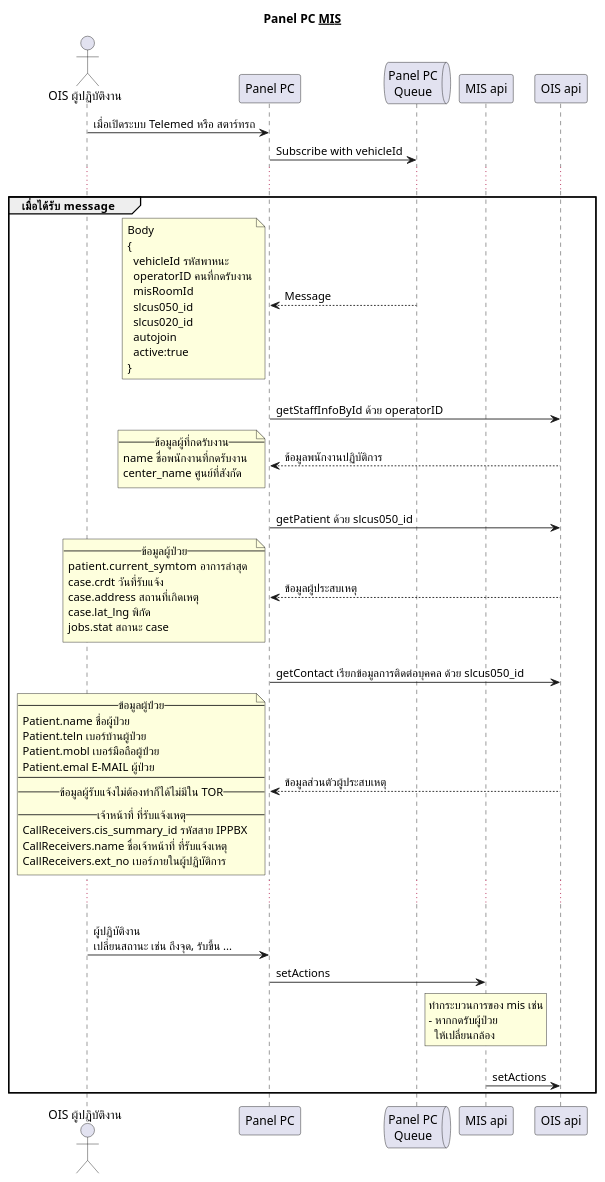
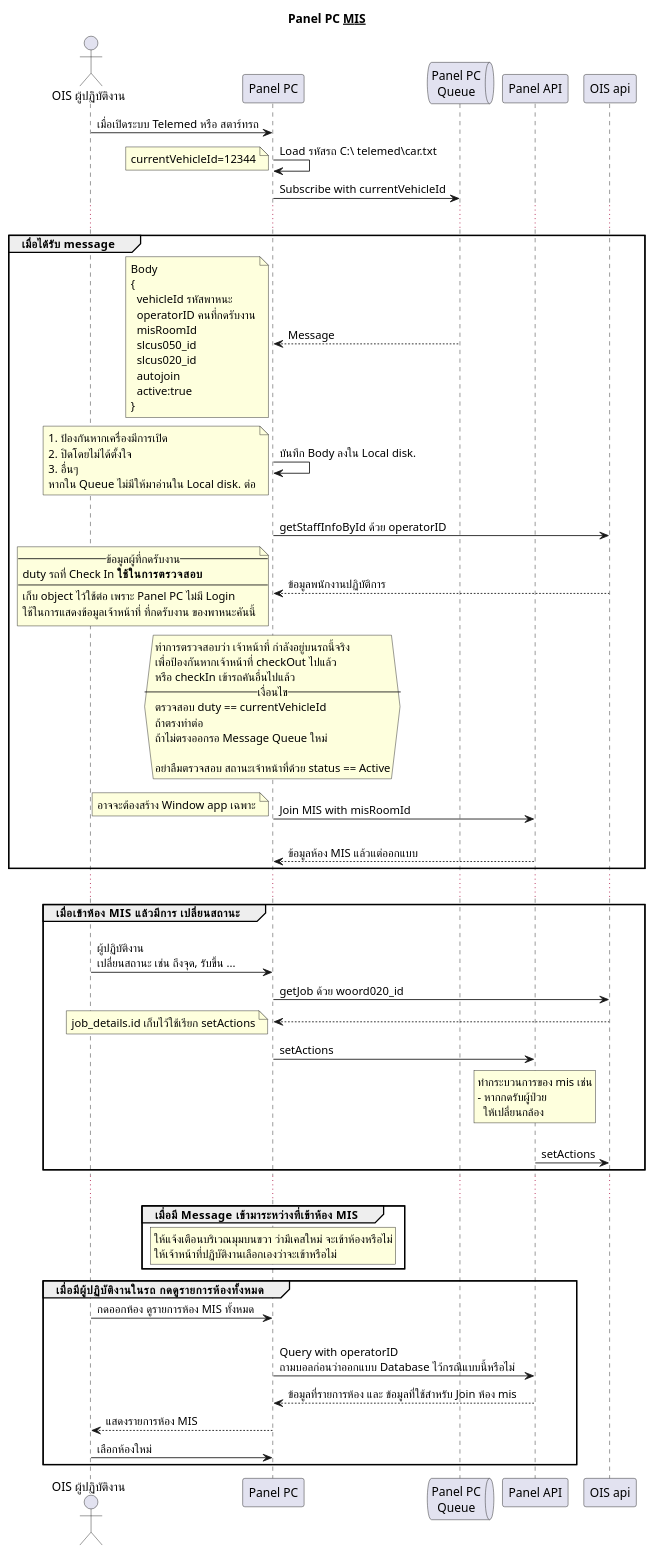
The diagram in uml/new_panelpc_startup.plantuml (lionants02/mis-api-doc), drawn with PlantUML before and after one commit. The commit also changed other lines of this file, not shown here.

```diff
--- a/uml/new_panelpc_startup.plantuml
+++ b/uml/new_panelpc_startup.plantuml
@@ -1,72 +1,105 @@
 @startuml
 Title Panel PC __MIS__
   actor "OIS ผู้ปฏิบัติงาน" as OIS
   OIS -> "Panel PC" :เมื่อเปิดระบบ Telemed หรือ สตาร์ทรถ
+  "Panel PC" -> "Panel PC": Load รหัสรถ C:\\ telemed\car.txt
+  note left
+    currentVehicleId=12344
+  end note
+
   queue "Panel PC\nQueue" as panelq
-  "Panel PC" -> panelq : Subscribe with vehicleId
+  "Panel PC" -> panelq : Subscribe with currentVehicleId
   ...
-  
+
   group เมื่อได้รับ message
     "Panel PC" <-- panelq : Message
     note left
       Body
       {
         vehicleId รหัสพาหนะ
         operatorID คนที่กดรับงาน
         misRoomId
         slcus050_id
         slcus020_id
         autojoin
         active:true
       }
     endnote
-    participant "MIS api"
+
+    "Panel PC" -> "Panel PC": บันทึก Body ลงใน Local disk.
+    note left
+      # ป้องกันหากเครื่องมีการเปิด
+      # ปิดโดยไม่ได้ตั้งใจ
+      # อื่นๆ
+      หากใน Queue ไม่มีให้มาอ่านใน Local disk. ต่อ
+    end note
+    participant "Panel API"
+    participant "OIS api"
     "Panel PC" -> "OIS api" : \ngetStaffInfoById ด้วย operatorID
     "Panel PC" <-- "OIS api": ข้อมูลพนักงานปฏิบัติการ
     note left
       --ข้อมูลผู้ที่กดรับงาน--
-      name ชื่อพนักงานที่กดรับงาน
-      center_name ศูนย์ที่สังกัด
+      duty รถที่ Check In **ใช้ในการตรวจสอบ**
+      ---
+      เก็บ object ไว้ใช้ต่อ เพราะ Panel PC ไม่มี Login
+      ใช้ในการแสดงข้อมูลเจ้าหน้าที่ ที่กดรับงาน ของพาหนะคันนี้
     end note
 
-    "Panel PC" -> "OIS api" : \ngetPatient ด้วย slcus050_id
-    "Panel PC" <-- "OIS api": ข้อมูลผู้ประสบเหตุ
-    note left
-      --ข้อมูลผู้ป่วย--
-      patient.current_symtom  อาการล่าสุด
-      case.crdt วันที่รับแจ้ง
-      case.address สถานที่เกิดเหตุ
-      case.lat_lng พิกัด
-      jobs.stat สถานะ case
+    hnote over "Panel PC"
+      ทำการตรวจสอบว่า เจ้าหน้าที่ กำลังอยู่บนรถนี้จริง
+      เพื่อป้องกันหากเจ้าหน้าที่ checkOut ไปแล้ว
+      หรือ checkIn เข้ารถคันอื่นไปแล้ว
+      --เงื่อนไข--
+      ตรวจสอบ duty == currentVehicleId
+      ถ้าตรงทำต่อ
+      ถ้าไม่ตรงออกรอ Message Queue ใหม่
+
+      อย่าลืมตรวจสอบ สถานะเจ้าหน้าที่ด้วย status == Active
     end note
 
-    "Panel PC" -> "OIS api" : \ngetContact เรียกข้อมูลการติดต่อบุคคล ด้วย slcus050_id
-    "Panel PC" <-- "OIS api": ข้อมูลส่วนตัวผู้ประสบเหตุ
+    "Panel PC" -> "Panel API" : \nJoin MIS with misRoomId
     note left
-      --ข้อมูลผู้ป่วย--
-      Patient.name ชื่อผู้ป่วย
-      Patient.teln เบอร์บ้านผู้ป่วย
-      Patient.mobl เบอร์มือถือผู้ป่วย
-      Patient.emal E-MAIL ผู้ป่วย
-      ---
-      --ข้อมูลผู้รับแจ้งไม่ต้องทำก็ได้ไม่มีใน TOR--
-      --เจ้าหน้าที่ ที่รับแจ้งเหตุ--
-      CallReceivers.cis_summary_id รหัสสาย IPPBX
-      CallReceivers.name ชื่อเจ้าหน้าที่ ที่รับแจ้งเหตุ
-      CallReceivers.ext_no เบอร์ภายในผู้ปฏิบัติการ
+      อาจจะต้องสร้าง Window app เฉพาะ
     end note
+    "Panel PC" <-- "Panel API": \nข้อมูลห้อง MIS แล้วแต่ออกแบบ
+  end
+  ...
+
+  group เมื่อเข้าห้อง MIS แล้วมีการ เปลี่ยนสถานะ
+
+      OIS -> "Panel PC" : \nผู้ปฏิบัติงาน\nเปลี่ยนสถานะ เช่น ถึงจุด, รับขึ้น ...
+      "Panel PC" -> "OIS api" :getJob ด้วย woord020_id
+      "Panel PC" <-- "OIS api":
+      note left
+        job_details.id เก็บไว้ใช้เรียก setActions
+      end note
+
+      "Panel PC" -> "Panel API": setActions
+      rnote over "Panel API"
+        ทำกระบวนการของ mis เช่น
+        - หากกดรับผู้ป่วย
+          ให้เปลี่ยนกล้อง
+      end note
+
+      "Panel API" -> "OIS api": \nsetActions
+
+    end
     ...
 
-    OIS -> "Panel PC" : \nผู้ปฏิบัติงาน\nเปลี่ยนสถานะ เช่น ถึงจุด, รับขึ้น ...
-    "Panel PC" -> "MIS api": setActions
-    rnote over "MIS api"
-      ทำกระบวนการของ mis เช่น
-      - หากกดรับผู้ป่วย
-        ให้เปลี่ยนกล้อง
-    end note
+    group เมื่อมี Message เข้ามาระหว่างที่เข้าห้อง MIS
+      rnote over "Panel PC"
+        ให้แจ้งเตือนบริเวณมุมบนขวา ว่ามีเคสใหม่ จะเข้าห้องหรือไม่
+        ให้เจ้าหน้าที่ปฏิบัติงานเลือกเองว่าจะเข้าหรือไม่
+      end note
+    end
 
-    "MIS api" -> "OIS api": \nsetActions
+    group เมื่อมีผู้ปฏิบัติงานในรถ กดดูรายการห้องทั้งหมด
+      OIS -> "Panel PC" : กดออกห้อง ดูรายการห้อง MIS ทั้งหมด
+      "Panel PC" -> "Panel API" : \nQuery with operatorID\nถามบอลก่อนว่าออกแบบ Database ไว้กรณีแบบนี้หรือไม่
+      "Panel PC" <-- "Panel API": ข้อมูลที่รายการห้อง และ ข้อมูลที่ใช้สำหรับ Join ห้อง mis
+      OIS <--"Panel PC" : แสดงรายการห้อง MIS
 
-  end
+      OIS -> "Panel PC" : เลือกห้องใหม่
+    end
 
 @enduml
```
